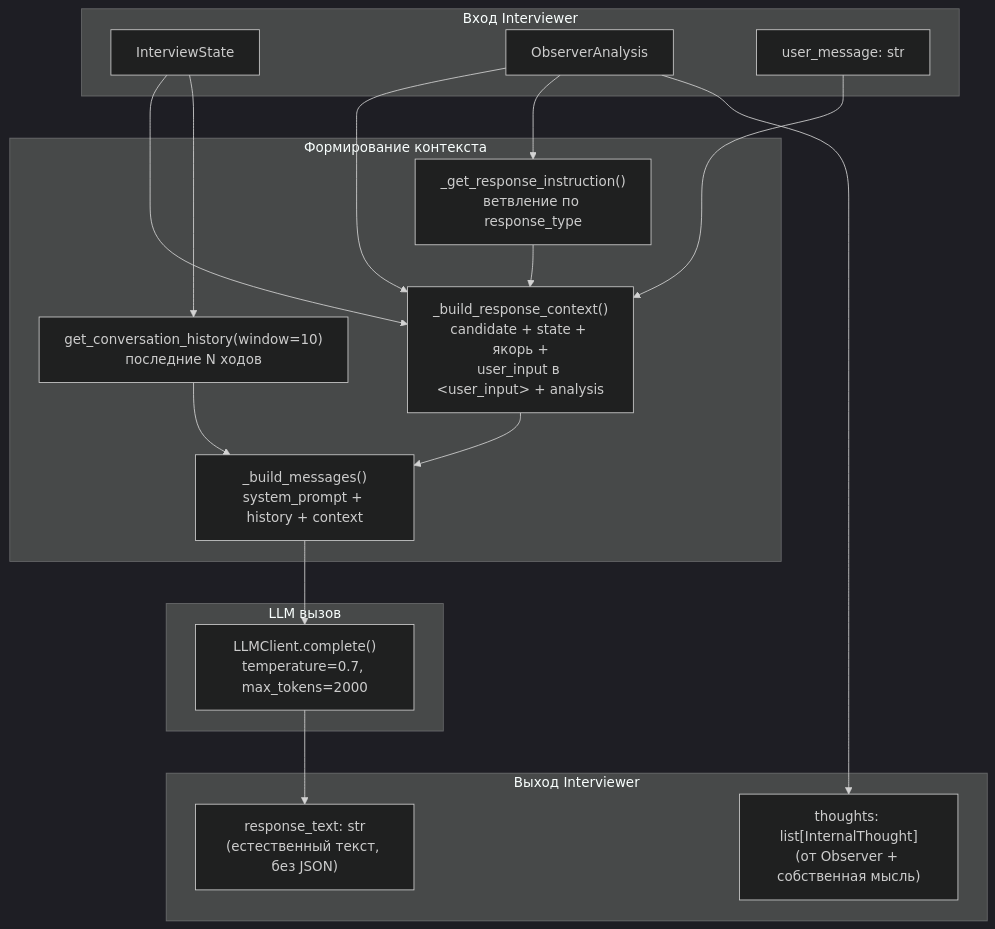
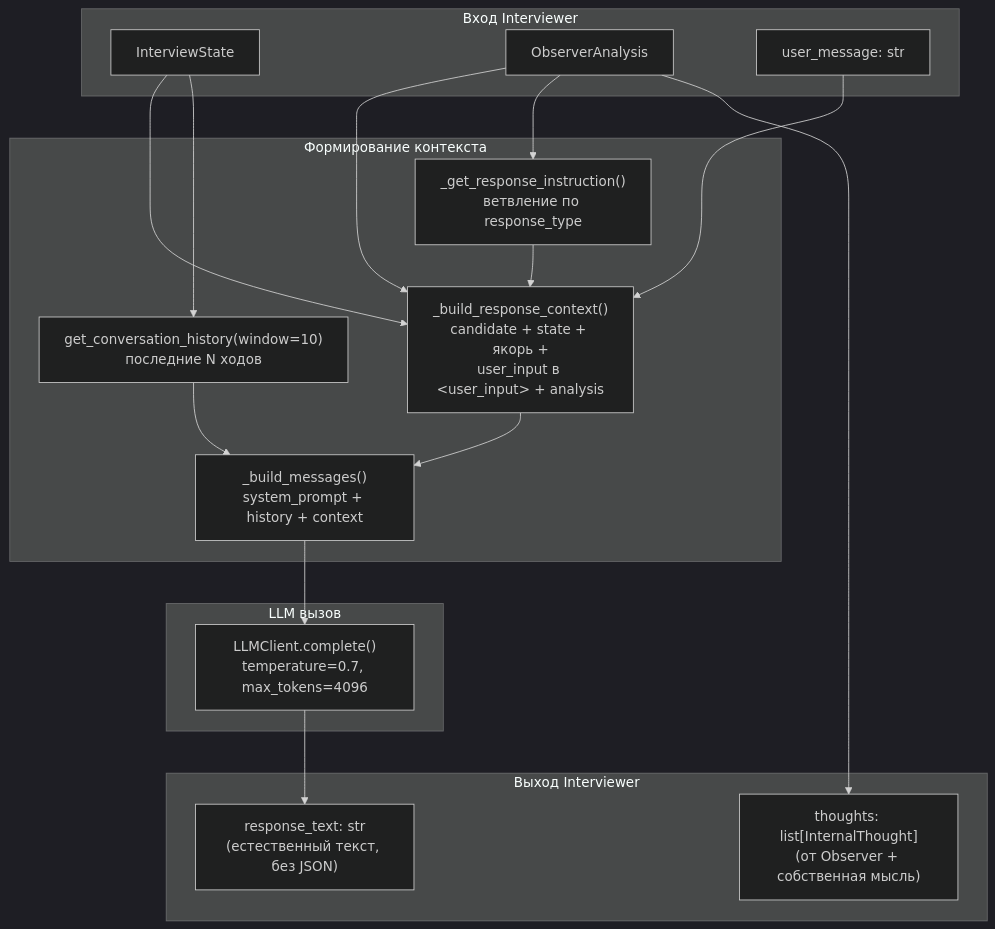
One commit to RomiconEZ/Multi-Agent-Interview-Coach changed the third of 6 diagrams in docs/diagrams/data-flow.md. Above: the diagram before and after it, drawn with Mermaid (dark theme). The commit also changed other lines of this file and 1 other file, not shown here.

Commit message:
Update data flow specifications: increase max_tokens for LLM calls and enhance governance risk details

````diff
--- a/docs/diagrams/data-flow.md
+++ b/docs/diagrams/data-flow.md
@@ -124,36 +124,36 @@
 ```mermaid
 flowchart TB
     subgraph IN["Вход Interviewer"]
         A1["InterviewState"]
         A2["ObserverAnalysis"]
         A3["user_message: str"]
     end
 
     subgraph CTX["Формирование контекста"]
         B1["_build_response_context()<br/>candidate + state + якорь +<br/>user_input в &lt;user_input&gt; + analysis"]
         B2["_get_response_instruction()<br/>ветвление по response_type"]
         B3["get_conversation_history(window=10)<br/>последние N ходов"]
         B4["_build_messages()<br/>system_prompt + history + context"]
     end
 
     subgraph LLM_CALL["LLM вызов"]
-        C1["LLMClient.complete()<br/>temperature=0.7, max_tokens=2000"]
+        C1["LLMClient.complete()<br/>temperature=0.7, max_tokens=4096"]
     end
 
     subgraph OUT["Выход Interviewer"]
         D1["response_text: str<br/>(естественный текст, без JSON)"]
         D2["thoughts: list[InternalThought]<br/>(от Observer + собственная мысль)"]
     end
 
     A1 --> B1
     A2 --> B1
     A2 --> B2
     A3 --> B1
     B2 --> B1
     A1 --> B3
     B1 --> B4
     B3 --> B4
     B4 --> C1
     C1 --> D1
     A2 --> D2
 ```
````
